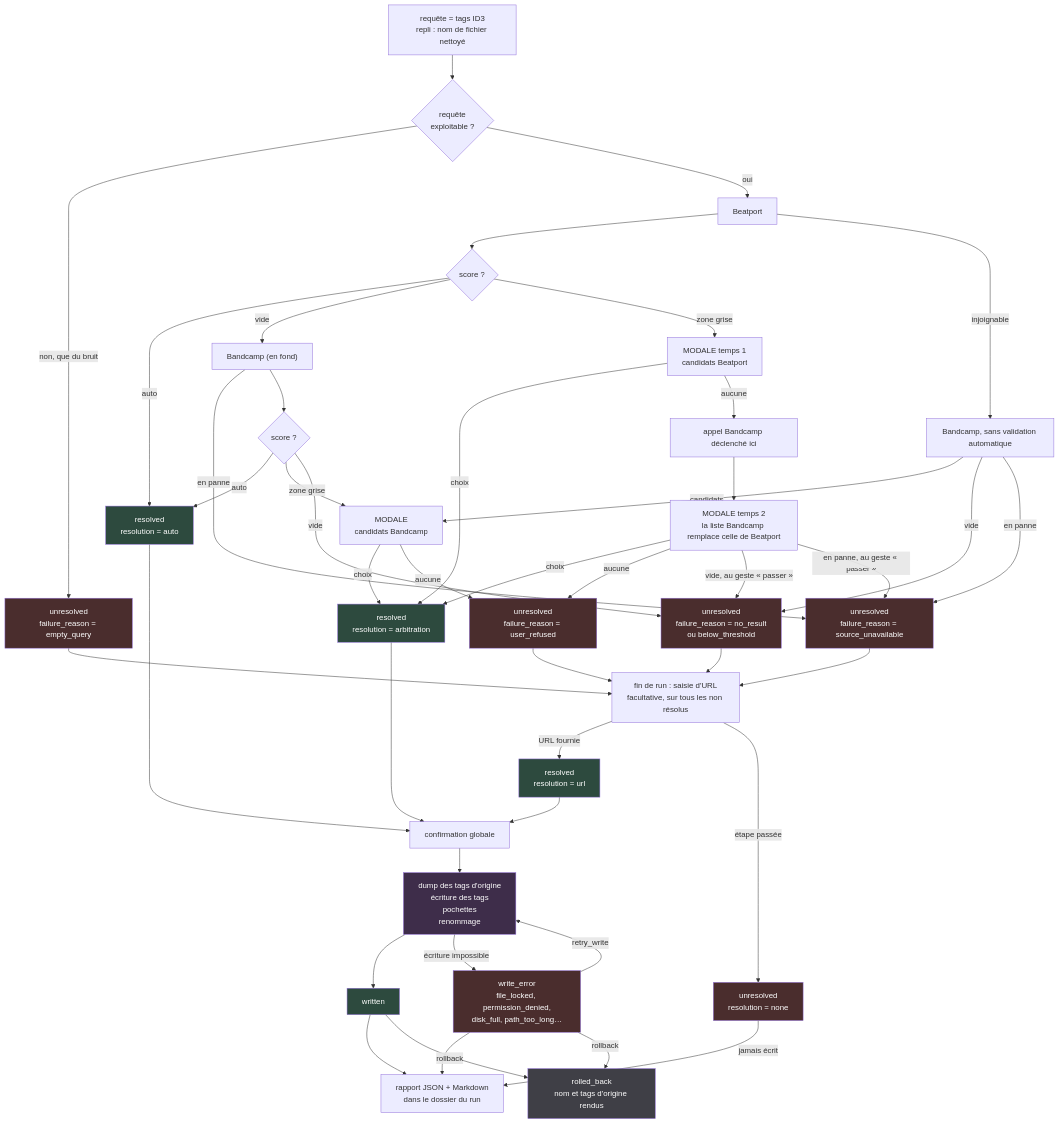
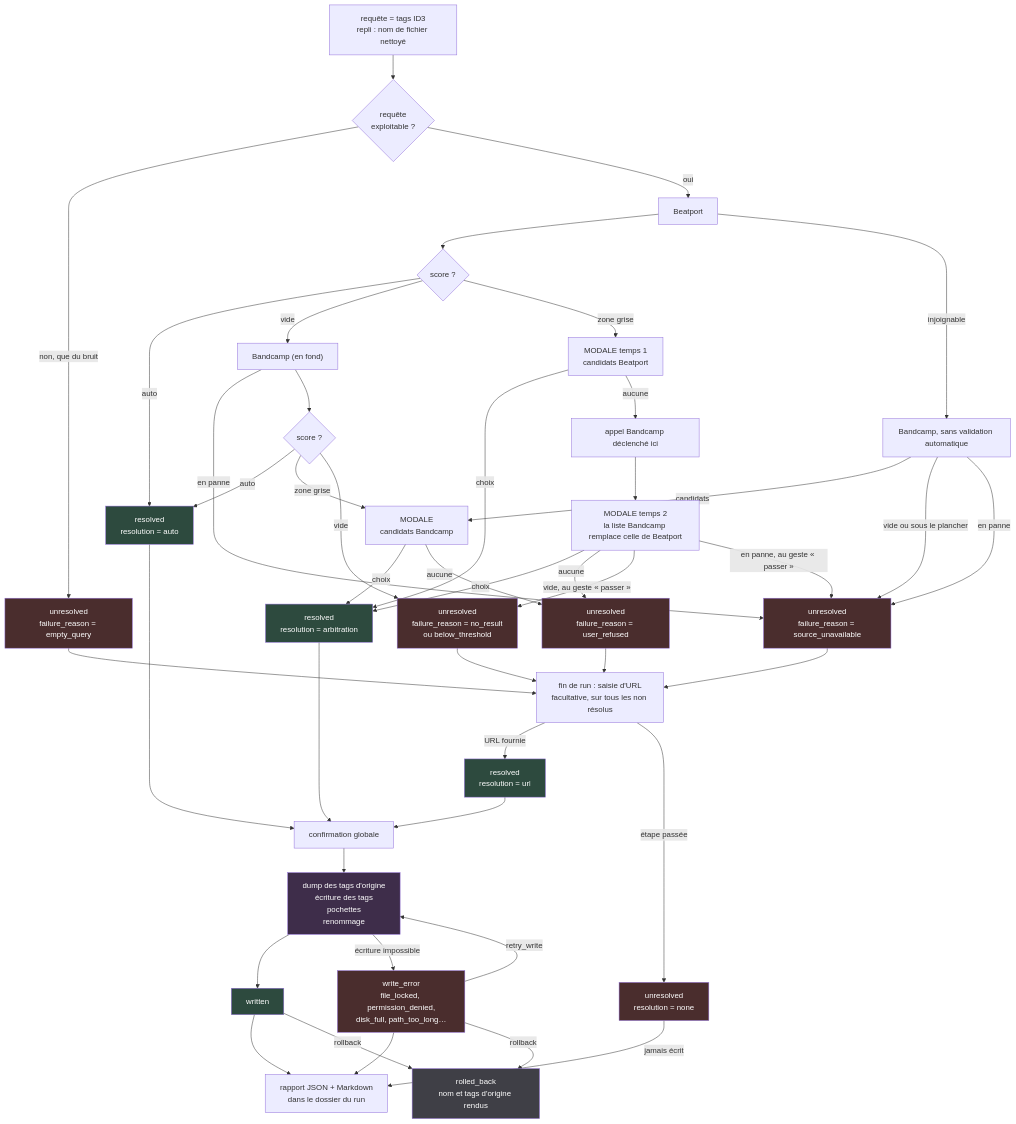
The second of 5 diagrams in docs/ARCHITECTURE.md (thibaud57/techno-tagger), drawn with Mermaid before and after one commit. The commit also changed other lines of this file and 241 other files, not shown here.

````diff
--- a/docs/ARCHITECTURE.md
+++ b/docs/ARCHITECTURE.md
@@ -252,63 +253,63 @@
 ```mermaid
 flowchart TD
     q["requête = tags ID3<br/>repli : nom de fichier nettoyé"] --> exp{"requête<br/>exploitable ?"}
     exp -->|"non, que du bruit"| koq["unresolved<br/>failure_reason = empty_query"]
     exp -->|"oui"| bp["Beatport"]
     bp --> bpauto{"score ?"}
     bpauto -->|"auto"| oka["resolved<br/>resolution = auto"]
     bpauto -->|"vide"| bc["Bandcamp (en fond)"]
     bpauto -->|"zone grise"| m1["MODALE temps 1<br/>candidats Beatport"]
     bp -->|"injoignable"| bcp["Bandcamp, sans validation automatique"]
     bcp -->|"candidats"| m3
-    bcp -->|"vide"| kon
+    bcp -->|"vide ou sous le plancher"| kos
     bcp -->|"en panne"| kos["unresolved<br/>failure_reason = source_unavailable"]
     bc -->|"en panne"| kos
     kos --> url
 
     m1 -->|"choix"| okb["resolved<br/>resolution = arbitration"]
     m1 -->|"aucune"| bcd["appel Bandcamp déclenché ici"]
     bcd --> m2["MODALE temps 2<br/>la liste Bandcamp remplace celle de Beatport"]
     m2 -->|"choix"| okb
     m2 -->|"aucune"| kou["unresolved<br/>failure_reason = user_refused"]
     m2 -->|"vide, au geste « passer »"| kon["unresolved<br/>failure_reason = no_result<br/>ou below_threshold"]
     m2 -->|"en panne, au geste « passer »"| kos
 
     bc --> bcauto{"score ?"}
     bcauto -->|"auto"| oka
     bcauto -->|"zone grise"| m3["MODALE<br/>candidats Bandcamp"]
     bcauto -->|"vide"| kon
     m3 -->|"choix"| okb
     m3 -->|"aucune"| kou
 
     koq --> url["fin de run : saisie d'URL<br/>facultative, sur tous les non résolus"]
     kon --> url
     kou --> url
     url -->|"URL fournie"| okc["resolved<br/>resolution = url"]
     url -->|"étape passée"| kof["unresolved<br/>resolution = none"]
 
     oka --> conf["confirmation globale"]
     okb --> conf
     okc --> conf
     kof -->|"jamais écrit"| rep
     conf --> w["dump des tags d'origine<br/>écriture des tags<br/>pochettes<br/>renommage"]
     w --> ws["written"]
     w -->|"écriture impossible"| we["write_error<br/>file_locked, permission_denied,<br/>disk_full, path_too_long…"]
     ws --> rep["rapport JSON + Markdown<br/>dans le dossier du run"]
     we --> rep
     we -->|"retry_write"| w
     ws -->|"rollback"| rb["rolled_back<br/>nom et tags d'origine rendus"]
     we -->|"rollback"| rb
 
     style oka fill:#2d4a3e,color:#fff
     style okb fill:#2d4a3e,color:#fff
     style okc fill:#2d4a3e,color:#fff
     style ws fill:#2d4a3e,color:#fff
     style koq fill:#4a2d2d,color:#fff
     style kon fill:#4a2d2d,color:#fff
     style kou fill:#4a2d2d,color:#fff
     style kof fill:#4a2d2d,color:#fff
     style kos fill:#4a2d2d,color:#fff
     style we fill:#4a2d2d,color:#fff
     style rb fill:#3f3f46,color:#fff
     style w fill:#3e2d4a,color:#fff
 ```
````
